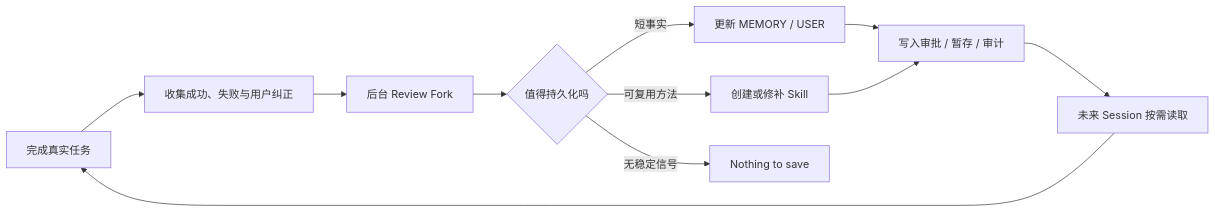
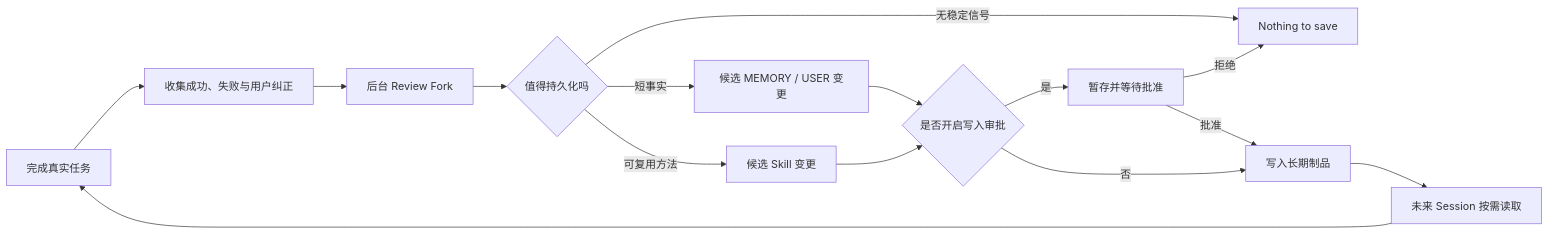
Before and after one commit to MarkingYang/aidea-lab: the diagram in src/content/writing/hermes-agent-memory-governance.md, drawn with Mermaid. The commit also changed other lines of this file and 139 other files, not shown here.

````diff
--- a/src/content/writing/hermes-agent-memory-governance.md
+++ b/src/content/writing/hermes-agent-memory-governance.md
@@ -66,13 +66,17 @@
 ```mermaid
 flowchart LR
   A[完成真实任务] --> E[收集成功、失败与用户纠正]
   E --> R[后台 Review Fork]
   R --> D{值得持久化吗}
-  D -->|短事实| M[更新 MEMORY / USER]
-  D -->|可复用方法| K[创建或修补 Skill]
+  D -->|短事实| M[候选 MEMORY / USER 变更]
+  D -->|可复用方法| K[候选 Skill 变更]
   D -->|无稳定信号| N[Nothing to save]
-  M --> G[写入审批 / 暂存 / 审计]
+  M --> G{是否开启写入审批}
   K --> G
-  G --> F[未来 Session 按需读取]
+  G -->|是| P[暂存并等待批准]
+  P -->|批准| W[写入长期制品]
+  P -->|拒绝| N
+  G -->|否| W
+  W --> F[未来 Session 按需读取]
   F --> A
 ```
````
